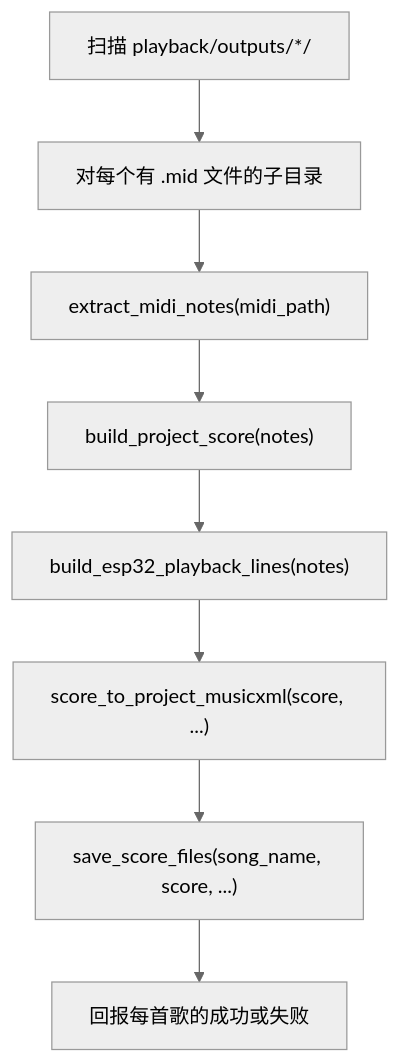
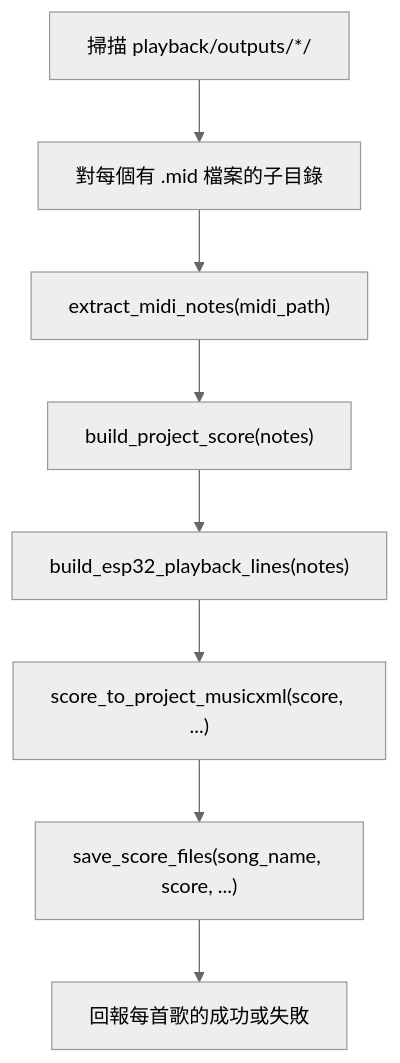
One commit to wjmmmwjj/auto_piano changed diagram 14 of 14 in README.md. Above: the diagram before and after it, drawn with Mermaid (neutral theme). The commit also changed other lines of this file, not shown here.

Commit message:
README: 改為繁體中文版本，含安裝教學與完整流程圖

````diff
--- a/README.md
+++ b/README.md
@@ -1006,10 +1006,10 @@
 ```mermaid
 flowchart TD
-    A["扫描 playback/outputs/*/"] --> B["对每个有 .mid 文件的子目录"]
+    A["掃描 playback/outputs/*/"] --> B["對每個有 .mid 檔案的子目錄"]
     B --> C["extract_midi_notes(midi_path)"]
     C --> D["build_project_score(notes)"]
     D --> E["build_esp32_playback_lines(notes)"]
     E --> F["score_to_project_musicxml(score, ...)"]
     F --> G["save_score_files(song_name, score, ...)"]
-    G --> H["回报每首歌的成功或失败"]
+    G --> H["回報每首歌的成功或失敗"]
 ```
````
